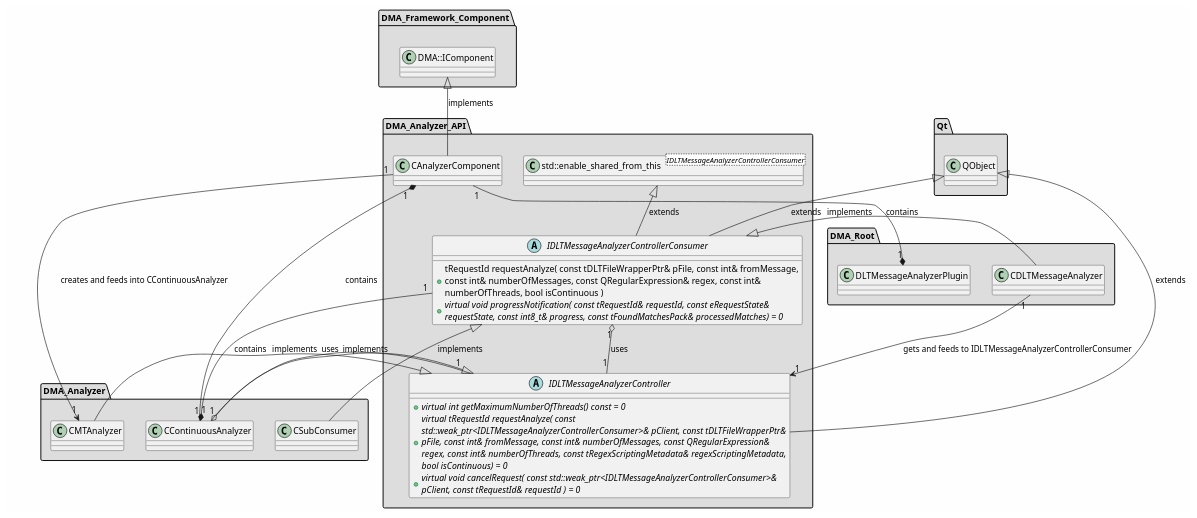
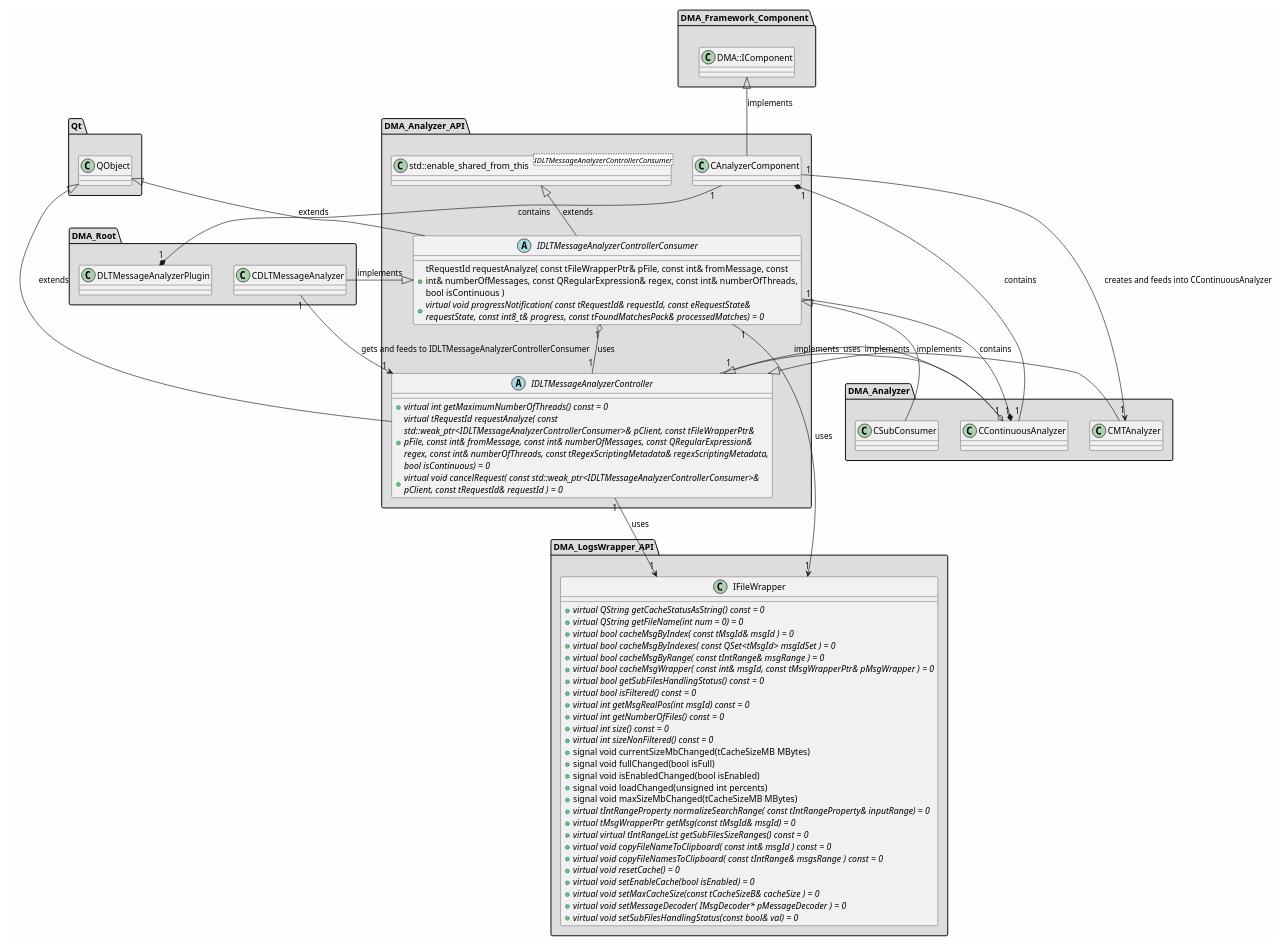
Before and after one commit to svlad-90/DLT-Message-Analyzer: the diagram in md/dev_docs/puml/DMA_Analyzer_API.puml, drawn with PlantUML. The commit also changed 83 other files, not shown here.

First line of the commit message:
[ISSUE #111][COMPONENTS] Introduce components architecture in the project

```diff
--- a/md/dev_docs/puml/DMA_Analyzer_API.puml
+++ b/md/dev_docs/puml/DMA_Analyzer_API.puml
@@ -2,98 +2,136 @@
 @startuml
 
 skinparam backgroundColor #FEFEFE
 skinparam wrapWidth 600
 package "DMA_Analyzer" #DDDDDD
 {
 
 class "CContinuousAnalyzer"
 {
 }
 
 class "CMTAnalyzer"
 {
 }
 
 class "CSubConsumer"
 {
 }
 
 }
 
 package "DMA_Analyzer_API" #DDDDDD
 {
 
 class "CAnalyzerComponent"
 {
 }
 
 abstract class "IDLTMessageAnalyzerController"
 {
     + {abstract} virtual int getMaximumNumberOfThreads() const = 0
-    + {abstract} virtual tRequestId requestAnalyze( const std::weak_ptr<IDLTMessageAnalyzerControllerConsumer>& pClient, const tDLTFileWrapperPtr& pFile, const int& fromMessage, const int& numberOfMessages, const QRegularExpression& regex, const int& numberOfThreads, const tRegexScriptingMetadata& regexScriptingMetadata, bool isContinuous) = 0
+    + {abstract} virtual tRequestId requestAnalyze( const std::weak_ptr<IDLTMessageAnalyzerControllerConsumer>& pClient, const tFileWrapperPtr& pFile, const int& fromMessage, const int& numberOfMessages, const QRegularExpression& regex, const int& numberOfThreads, const tRegexScriptingMetadata& regexScriptingMetadata, bool isContinuous) = 0
     + {abstract} virtual void cancelRequest( const std::weak_ptr<IDLTMessageAnalyzerControllerConsumer>& pClient, const tRequestId& requestId ) = 0
 }
 
 abstract class "IDLTMessageAnalyzerControllerConsumer"
 {
-    + tRequestId requestAnalyze( const tDLTFileWrapperPtr& pFile, const int& fromMessage, const int& numberOfMessages, const QRegularExpression& regex, const int& numberOfThreads, bool isContinuous )
+    + tRequestId requestAnalyze( const tFileWrapperPtr& pFile, const int& fromMessage, const int& numberOfMessages, const QRegularExpression& regex, const int& numberOfThreads, bool isContinuous )
     + {abstract} virtual void progressNotification( const tRequestId& requestId, const eRequestState& requestState, const int8_t& progress, const tFoundMatchesPack& processedMatches) = 0
 }
 
 class "std::enable_shared_from_this<IDLTMessageAnalyzerControllerConsumer>" as std::enable_shared_from_this_IDLTMessageAnalyzerControllerConsumer_
 {
 }
 
 }
 
 package "DMA_Framework_Component" #DDDDDD
 {
 
 class "DMA::IComponent"
 {
+}
+
+}
+
+package "DMA_LogsWrapper_API" #DDDDDD
+{
+
+class "IFileWrapper"
+{
+    + {abstract} virtual QString getCacheStatusAsString() const = 0
+    + {abstract} virtual QString getFileName(int num = 0) = 0
+    + {abstract} virtual bool cacheMsgByIndex( const tMsgId& msgId ) = 0
+    + {abstract} virtual bool cacheMsgByIndexes( const QSet<tMsgId> msgIdSet ) = 0
+    + {abstract} virtual bool cacheMsgByRange( const tIntRange& msgRange ) = 0
+    + {abstract} virtual bool cacheMsgWrapper( const int& msgId, const tMsgWrapperPtr& pMsgWrapper ) = 0
+    + {abstract} virtual bool getSubFilesHandlingStatus() const = 0
+    + {abstract} virtual bool isFiltered() const = 0
+    + {abstract} virtual int getMsgRealPos(int msgId) const = 0
+    + {abstract} virtual int getNumberOfFiles() const = 0
+    + {abstract} virtual int size() const = 0
+    + {abstract} virtual int sizeNonFiltered() const = 0
+    + signal void currentSizeMbChanged(tCacheSizeMB MBytes)
+    + signal void fullChanged(bool isFull)
+    + signal void isEnabledChanged(bool isEnabled)
+    + signal void loadChanged(unsigned int percents)
+    + signal void maxSizeMbChanged(tCacheSizeMB MBytes)
+    + {abstract} virtual tIntRangeProperty normalizeSearchRange( const tIntRangeProperty& inputRange) = 0
+    + {abstract} virtual tMsgWrapperPtr getMsg(const tMsgId& msgId) = 0
+    + {abstract} virtual virtual tIntRangeList getSubFilesSizeRanges() const = 0
+    + {abstract} virtual void copyFileNameToClipboard( const int& msgId ) const = 0
+    + {abstract} virtual void copyFileNamesToClipboard( const tIntRange& msgsRange ) const = 0
+    + {abstract} virtual void resetCache() = 0
+    + {abstract} virtual void setEnableCache(bool isEnabled) = 0
+    + {abstract} virtual void setMaxCacheSize(const tCacheSizeB& cacheSize ) = 0
+    + {abstract} virtual void setMessageDecoder( IMsgDecoder* pMessageDecoder ) = 0
+    + {abstract} virtual void setSubFilesHandlingStatus(const bool& val) = 0
 }
 
 }
 
 package "DMA_Root" #DDDDDD
 {
 
 class "CDLTMessageAnalyzer"
 {
 }
 
 class "DLTMessageAnalyzerPlugin"
 {
 }
 
 }
 
 package "Qt" #DDDDDD
 {
 
 class "QObject"
 {
 }
 
 }
 
 '====================Inheritance section====================
 IDLTMessageAnalyzerController <|-- CContinuousAnalyzer : implements
 IDLTMessageAnalyzerController <|-- CMTAnalyzer : implements
 IDLTMessageAnalyzerControllerConsumer <|-- CSubConsumer : implements
 DMA::IComponent <|-- CAnalyzerComponent : implements
 QObject <|-- IDLTMessageAnalyzerController : extends
 QObject <|-- IDLTMessageAnalyzerControllerConsumer : extends
 std::enable_shared_from_this_IDLTMessageAnalyzerControllerConsumer_ <|-- IDLTMessageAnalyzerControllerConsumer : extends
 IDLTMessageAnalyzerControllerConsumer <|-- CDLTMessageAnalyzer : implements
 
 '====================Dependencies section====================
 CContinuousAnalyzer "1" o-- "1" IDLTMessageAnalyzerController : uses
 CContinuousAnalyzer "1" *-- "1" IDLTMessageAnalyzerControllerConsumer : contains
 CAnalyzerComponent "1" *-- "1" CContinuousAnalyzer : contains
 CAnalyzerComponent "1" --> "1" CMTAnalyzer : creates and feeds into CContinuousAnalyzer
+IDLTMessageAnalyzerController "1" --> "1" IFileWrapper : uses
 IDLTMessageAnalyzerControllerConsumer "1" o-- "1" IDLTMessageAnalyzerController : uses
+IDLTMessageAnalyzerControllerConsumer "1" --> "1" IFileWrapper : uses
 CDLTMessageAnalyzer "1" --> "1" IDLTMessageAnalyzerController : gets and feeds to IDLTMessageAnalyzerControllerConsumer
 DLTMessageAnalyzerPlugin "1" *-- "1" CAnalyzerComponent : contains
 
 @enduml
```
